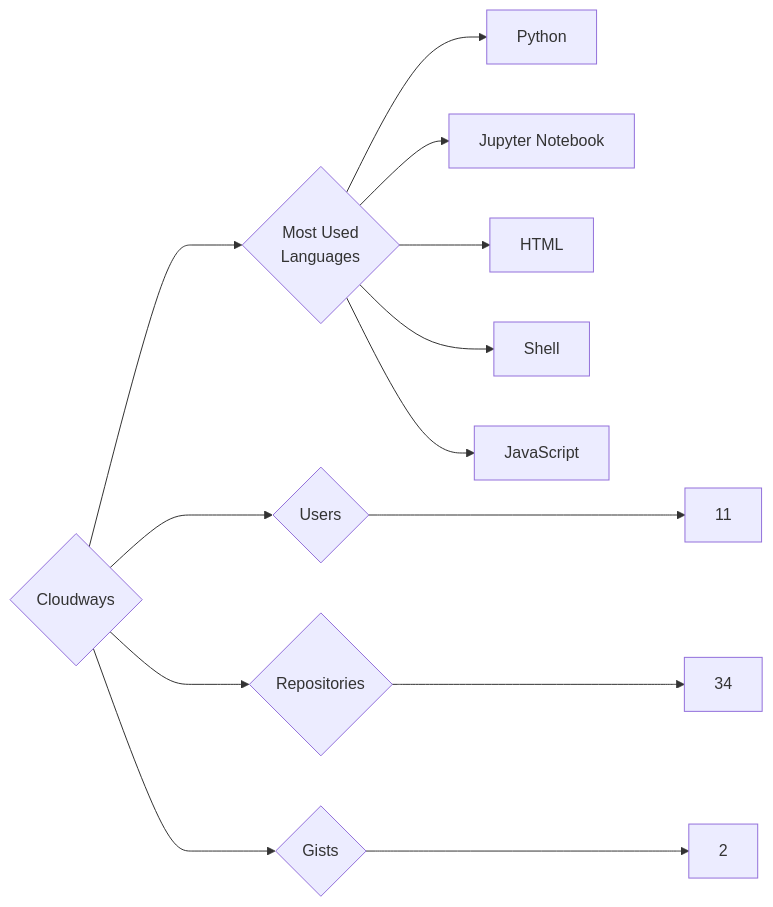
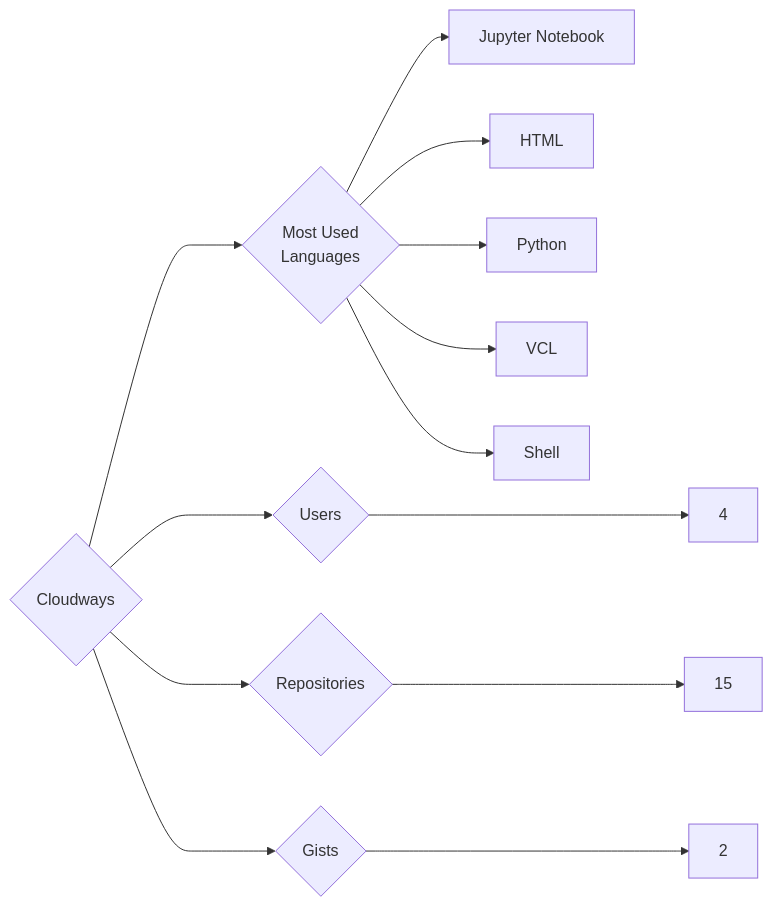
One commit to trickest/insiders changed the diagram in targets/Cloudways/README.md. Above: the diagram before and after it, drawn with Mermaid. The commit also changed 611 other files, not shown here.

````diff
--- a/targets/Cloudways/README.md
+++ b/targets/Cloudways/README.md
@@ -3,13 +3,13 @@
 ```mermaid
 graph LR
 COMPANY_NAME{Cloudways}
-COMPANY_NAME ---> U{Users} ---> UN[11]
-COMPANY_NAME ---> R{Repositories} ---> RN[34]
+COMPANY_NAME ---> U{Users} ---> UN[4]
+COMPANY_NAME ---> R{Repositories} ---> RN[15]
 COMPANY_NAME ---> G{Gists} ---> GN[2]
 COMPANY_NAME ---> ML{Most Used<br>Languages}
-ML --> Python[Python]
 ML --> Jupyter_Notebook[Jupyter Notebook]
 ML --> HTML[HTML]
+ML --> Python[Python]
+ML --> VCL[VCL]
 ML --> Shell[Shell]
-ML --> JavaScript[JavaScript]
 ```
````
